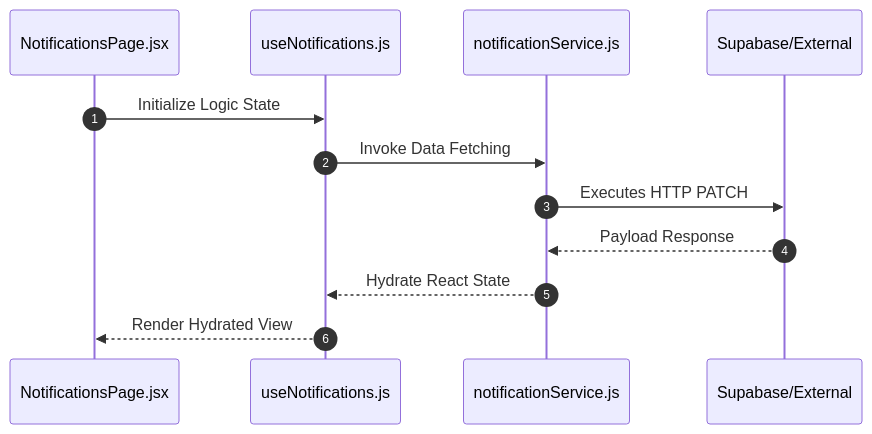
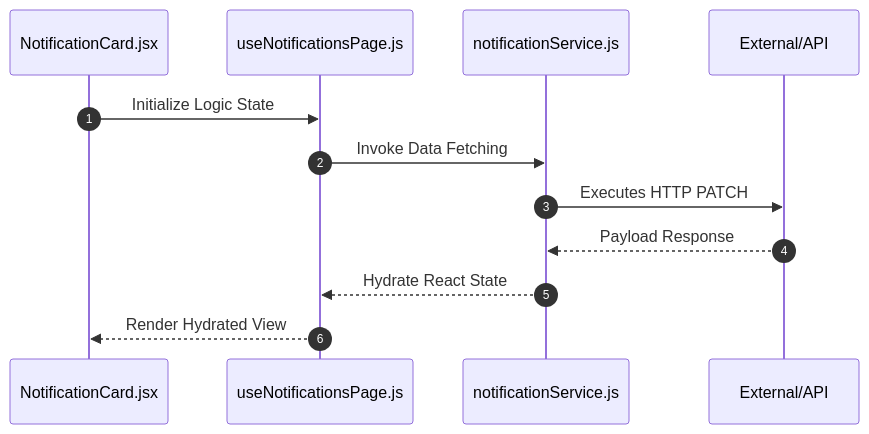
The second of 2 diagrams in src/features/notifications/README.md (nexowebai/nexo-superadmin), drawn with Mermaid before and after one commit. The commit also changed other lines of this file and 18 other files, not shown here.

````diff
--- a/src/features/notifications/README.md
+++ b/src/features/notifications/README.md
@@ -33,15 +33,15 @@
 ```mermaid
 sequenceDiagram
 autonumber
-    participant P as NotificationsPage.jsx
-    participant H as useNotifications.js
+    participant P as NotificationCard.jsx
+    participant H as useNotificationsPage.js
     participant S as notificationService.js
-    participant API as Supabase/External
+    participant API as External/API
 
     P->>H: Initialize Logic State
     H->>S: Invoke Data Fetching
     S->>API: Executes HTTP PATCH
     API-->>S: Payload Response
     S-->>H: Hydrate React State
     H-->>P: Render Hydrated View
 ```
````
